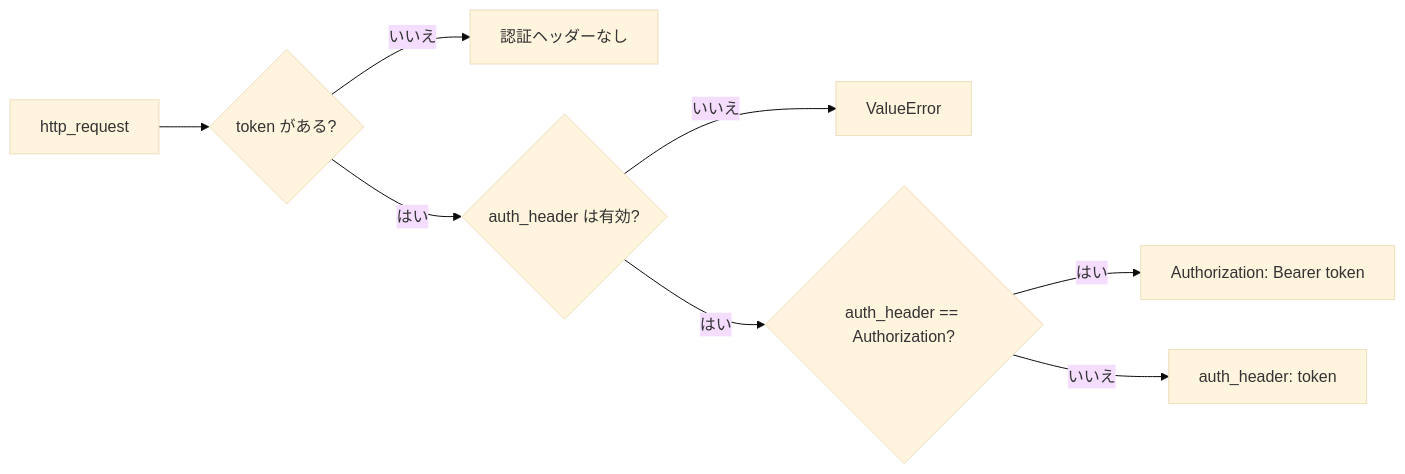
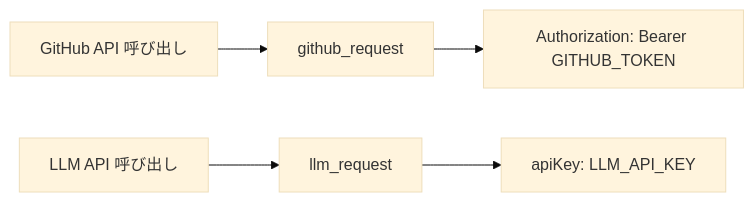
The second of 4 diagrams in docs/DESIGN.md (Kai17-a/github-review-app), drawn with Mermaid (base theme) before and after one commit. The commit also changed other lines of this file and 5 other files, not shown here.

Commit message:
Separate GitHub and LLM HTTP clients

````diff
--- a/docs/DESIGN.md
+++ b/docs/DESIGN.md
@@ -84,10 +80,7 @@
 ```mermaid
 flowchart LR
-    A[http_request] --> B{token がある?}
-    B -->|いいえ| C[認証ヘッダーなし]
-    B -->|はい| D{auth_header は有効?}
-    D -->|いいえ| E[ValueError]
-    D -->|はい| F{auth_header == Authorization?}
-    F -->|はい| G[Authorization: Bearer token]
-    F -->|いいえ| H[auth_header: token]
+    A[GitHub API 呼び出し] --> B[github_request]
+    B --> C[Authorization: Bearer GITHUB_TOKEN]
+    D[LLM API 呼び出し] --> E[llm_request]
+    E --> F[apiKey: LLM_API_KEY]
 ```
````
